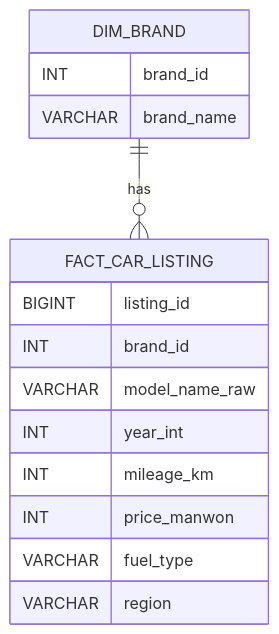
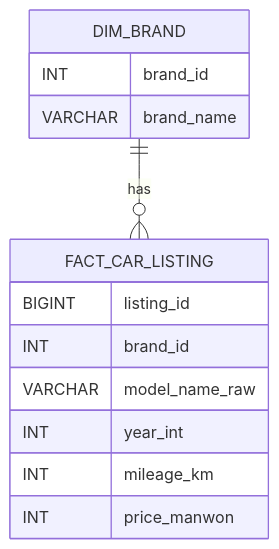
The diagram in README.md (rusidian/team_flex_used_car), drawn with Mermaid before and after one commit. The commit also changed other lines of this file, not shown here.

````diff
--- a/README.md
+++ b/README.md
@@ -53,20 +102,18 @@
 ```mermaid
 erDiagram
 DIM_BRAND ||--o{ FACT_CAR_LISTING : has
 
 DIM_BRAND {
   INT brand_id
   VARCHAR brand_name
 }
 
 FACT_CAR_LISTING {
   BIGINT listing_id
   INT brand_id
   VARCHAR model_name_raw
   INT year_int
   INT mileage_km
   INT price_manwon
-  VARCHAR fuel_type
-  VARCHAR region
 }
 ```
````
